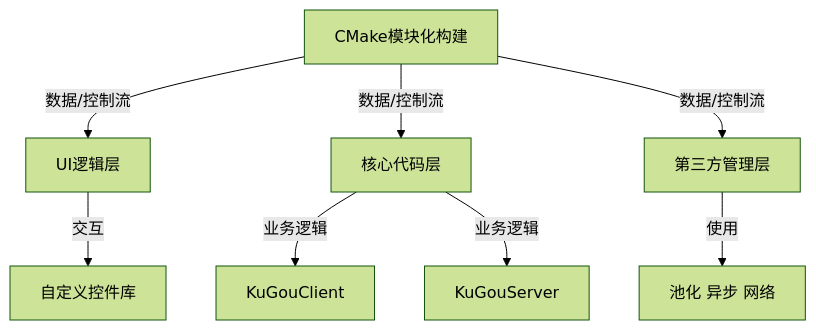
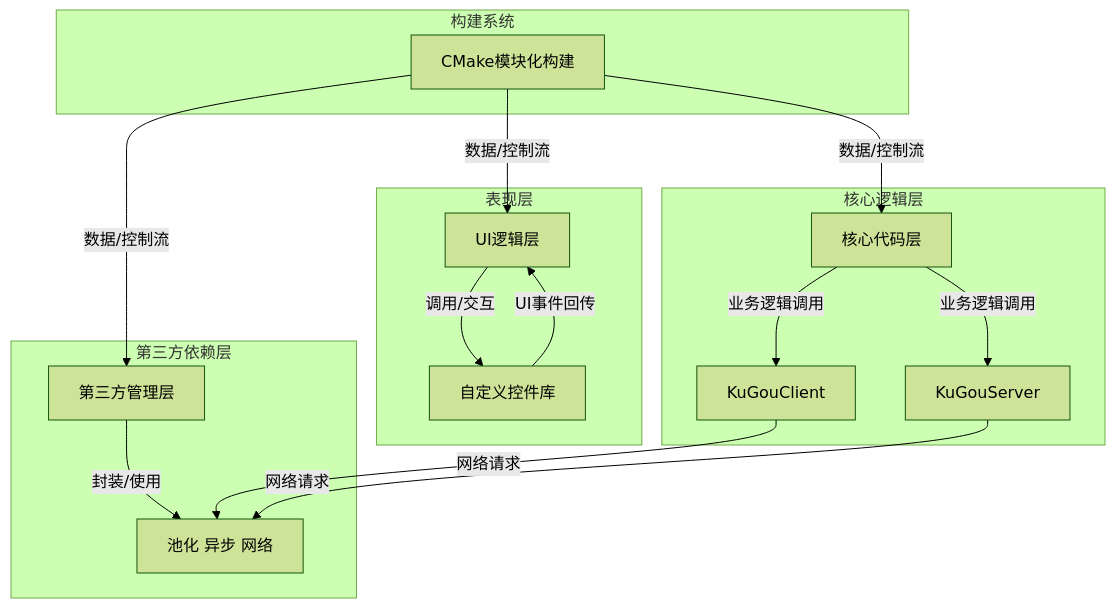
The diagram in README.md (a-mo-xi-wei/Qt-KuGouAppClient), drawn with Mermaid (forest theme) before and after one commit.

Commit message:
更新Readme

````diff
--- a/README.md
+++ b/README.md
@@ -75,20 +75,39 @@
 ```mermaid
-flowchart
-  CMakeModule["CMake模块化构建"]
-  UILogic["UI逻辑层"]
-  CoreCode["核心代码层"]
-  ThirdParty["第三方管理层"]
-  CustomWidgets["自定义控件库"]
-  KuGouClient["KuGouClient"]
-  KuGouServer["KuGouServer"]
-  PoolAsyncNetwork["池化 异步 网络"]
+flowchart TD
+%% 模块定义
+    subgraph 构建系统
+        CMakeModule["CMake模块化构建"]
+    end
 
-  CMakeModule -->|"数据/控制流"| UILogic
-  CMakeModule -->|"数据/控制流"| CoreCode
-  CMakeModule -->|"数据/控制流"| ThirdParty
-  
-  UILogic -->|"交互"| CustomWidgets
-  CoreCode -->|"业务逻辑"| KuGouClient
-  CoreCode -->|"业务逻辑"| KuGouServer
-  ThirdParty -->|"使用"| PoolAsyncNetwork
+    subgraph 表现层
+        UILogic["UI逻辑层"]
+        CustomWidgets["自定义控件库"]
+    end
+
+    subgraph 核心逻辑层
+        CoreCode["核心代码层"]
+        KuGouClient["KuGouClient"]
+        KuGouServer["KuGouServer"]
+    end
+
+    subgraph 第三方依赖层
+        ThirdParty["第三方管理层"]
+        PoolAsyncNetwork["池化 异步 网络"]
+    end
+
+%% 连接关系
+    CMakeModule -->|"数据/控制流"| UILogic
+    CMakeModule -->|"数据/控制流"| CoreCode
+    CMakeModule -->|"数据/控制流"| ThirdParty
+
+    UILogic -->|"调用/交互"| CustomWidgets
+    CoreCode -->|"业务逻辑调用"| KuGouClient
+    CoreCode -->|"业务逻辑调用"| KuGouServer
+
+    ThirdParty -->|"封装/使用"| PoolAsyncNetwork
+
+    CustomWidgets -- UI事件回传 --> UILogic
+    KuGouClient -- 网络请求 --> PoolAsyncNetwork
+    KuGouServer -- 网络请求 --> PoolAsyncNetwork
+
 ```
````
